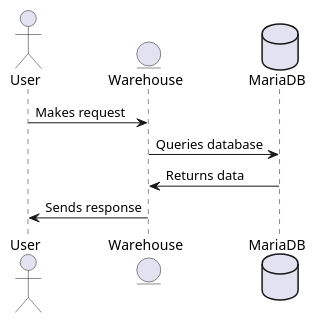
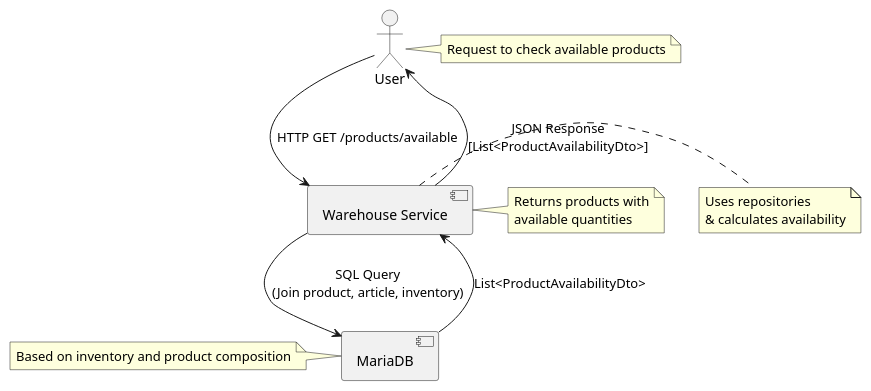
Before and after one commit to Robbz92/WarehouseAPI: the diagram in WarehouseService/docs/api_flow.puml, drawn with PlantUML. The commit also changed 13 other files, not shown here.

```diff
--- a/WarehouseService/docs/api_flow.puml
+++ b/WarehouseService/docs/api_flow.puml
@@ -1,10 +1,18 @@
 @startuml api_flow
 actor User
-entity Warehouse
-database MariaDB
+entity [Warehouse Service] as Warehouse
+database [MariaDB]
 
-User -> Warehouse : Makes request
-Warehouse -> MariaDB : Queries database
-MariaDB -> Warehouse : Returns data
-Warehouse -> User : Sends response
+User -> Warehouse : HTTP GET /products/available
+note right of User : Request to check available products
+
+Warehouse -> MariaDB : SQL Query\n(Join product, article, inventory)
+note right of Warehouse : Uses repositories\n& calculates availability
+
+MariaDB --> Warehouse : List<ProductAvailabilityDto>
+note left of MariaDB : Based on inventory and product composition
+
+Warehouse --> User : JSON Response\n[List<ProductAvailabilityDto>]
+note right of Warehouse : Returns products with\navailable quantities
+
 @enduml
```
